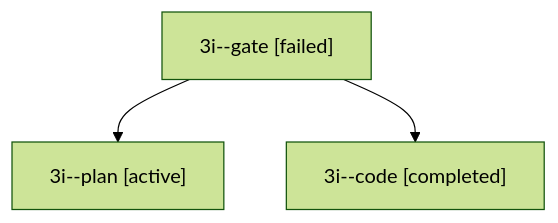
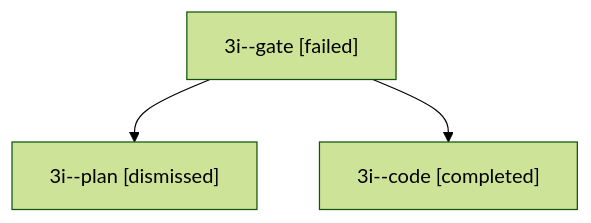
The diagram in sessions/bbugyi200.apollo.3i.md (bobs-org/bob-cli--agents), drawn with Mermaid (forest theme) before and after one commit. The commit also changed other lines of this file and 24 other files, not shown here.

````diff
--- a/sessions/bbugyi200.apollo.3i.md
+++ b/sessions/bbugyi200.apollo.3i.md
@@ -9,8 +9,8 @@
 ```mermaid
 flowchart TD
   n0["3i--gate [failed]"]
-  n1["3i--plan [active]"]
+  n1["3i--plan [dismissed]"]
   n0 --> n1
   n2["3i--code [completed]"]
   n0 --> n2
 ```
````
